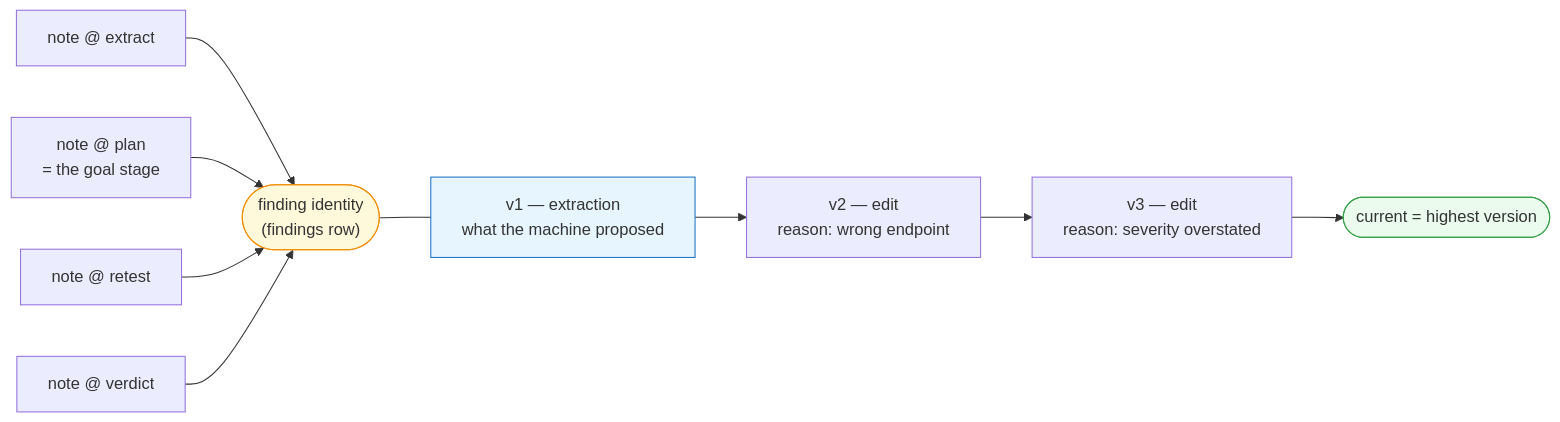
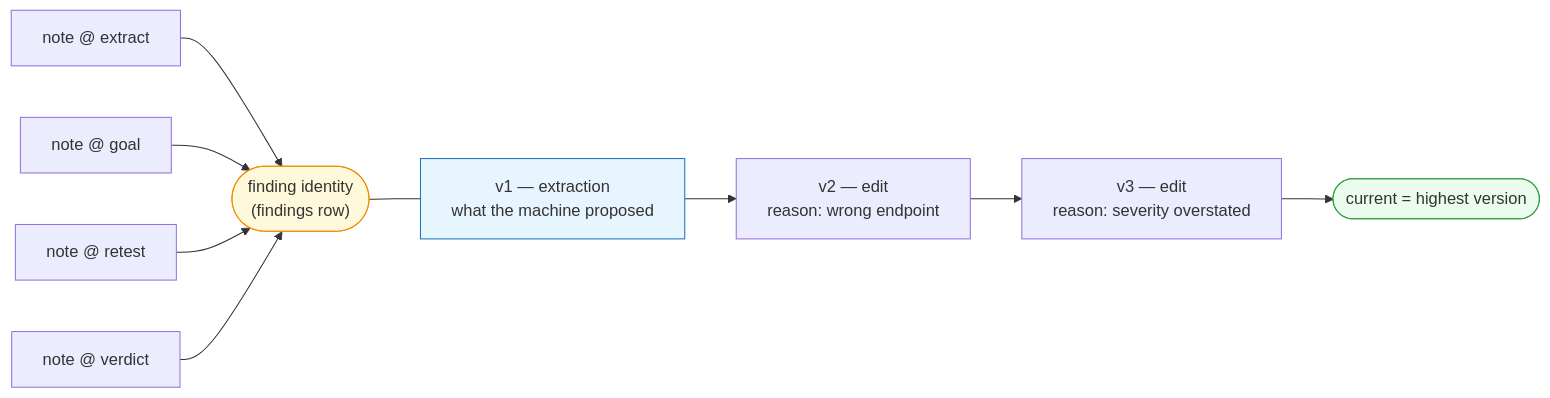
One commit to SelfishCoconut/revalid changed the third of 6 diagrams in docs/architecture/data-model.md. Above: the diagram before and after it, drawn with Mermaid. The commit also changed other lines of this file and 57 other files, not shown here.

````diff
--- a/docs/architecture/data-model.md
+++ b/docs/architecture/data-model.md
@@ -165,19 +165,19 @@
 ```mermaid
 flowchart LR
     A["v1 — extraction<br/>what the machine proposed"]
     B["v2 — edit<br/>reason: wrong endpoint"]
     C["v3 — edit<br/>reason: severity overstated"]
     D(["current = highest version"])
     A --> B --> C --> D
 
     F(["finding identity<br/>(findings row)"])
     F --- A
     N1["note @ extract"] --> F
-    N2["note @ plan<br/>= the goal stage"] --> F
+    N2["note @ goal"] --> F
     N3["note @ retest"] --> F
     N4["note @ verdict"] --> F
 
     style A fill:#e7f5ff,stroke:#1971c2
     style D fill:#ebfbee,stroke:#2f9e44
     style F fill:#fff9db,stroke:#f08c00
 ```
````
